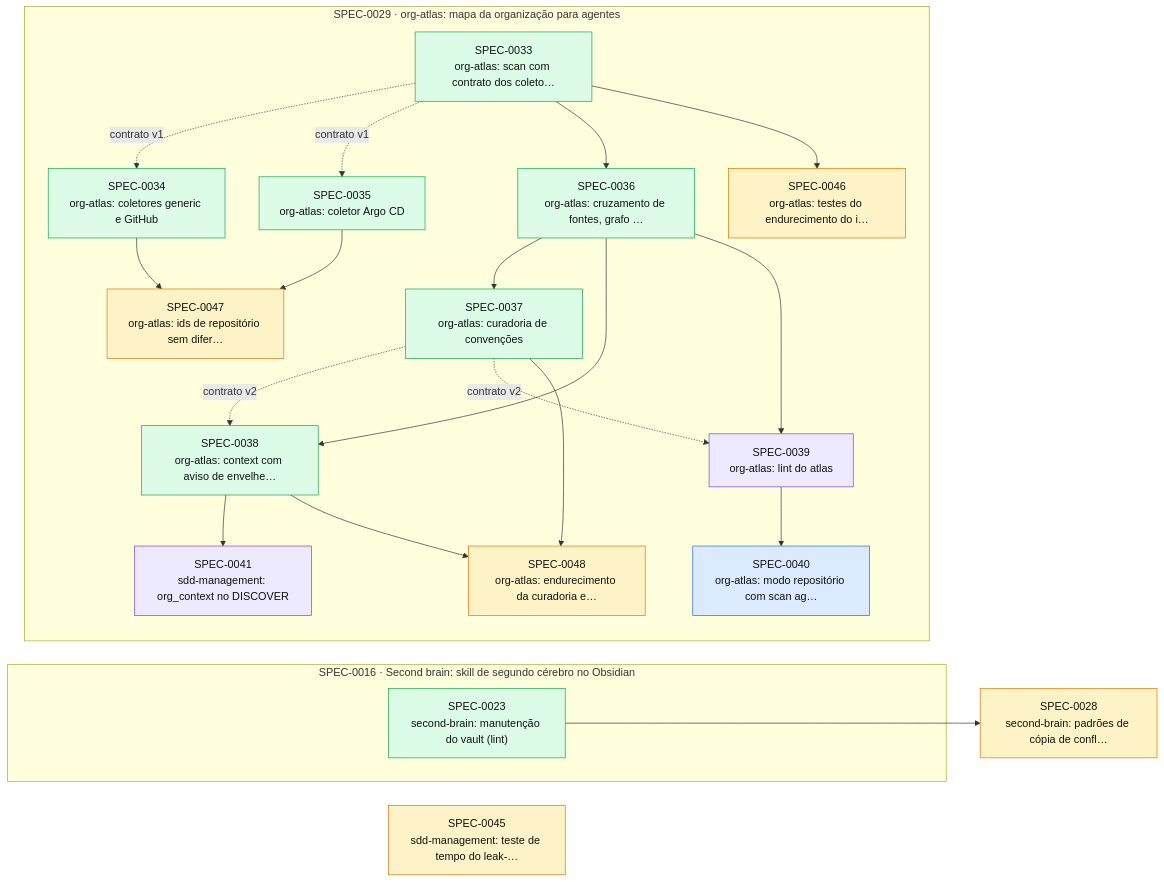
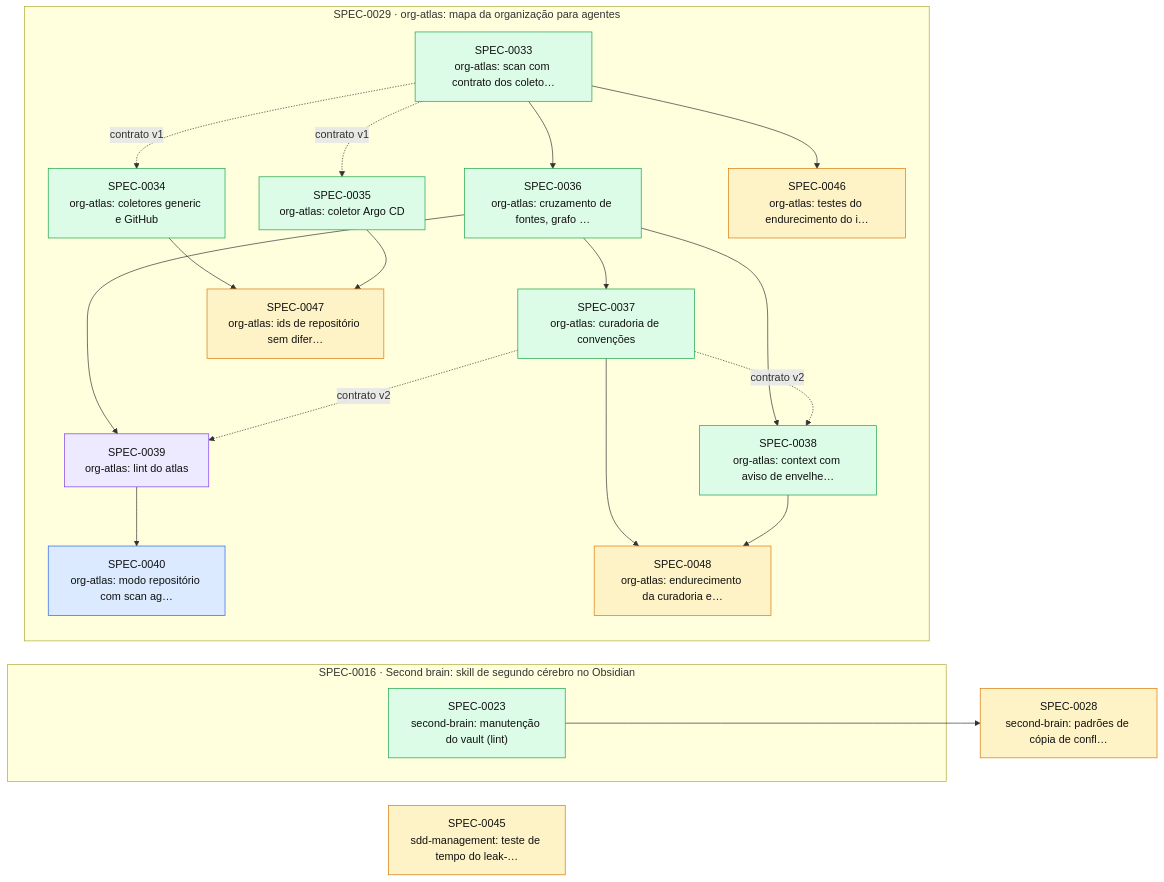
One commit to thomasravache/ai-dev-brain changed the diagram in docs/specs/INDEX.md. Above: the diagram before and after it, drawn with Mermaid. The commit also changed other lines of this file and 1 other file, not shown here.

First line of the commit message:
docs(specs): G7 e fechamento da SPEC-0041

````diff
--- a/docs/specs/INDEX.md
+++ b/docs/specs/INDEX.md
@@ -55,43 +54,41 @@
 ```mermaid
 flowchart LR
   S0028["SPEC-0028<br/>second-brain: padrões de cópia de confl…"]:::proposed
   S0045["SPEC-0045<br/>sdd-management: teste de tempo do leak-…"]:::proposed
   subgraph E0016["SPEC-0016 · Second brain: skill de segundo cérebro no Obsidian"]
     S0023["SPEC-0023<br/>second-brain: manutenção do vault (lint)"]:::implemented
   end
   subgraph E0029["SPEC-0029 · org-atlas: mapa da organização para agentes"]
     S0033["SPEC-0033<br/>org-atlas: scan com contrato dos coleto…"]:::implemented
     S0034["SPEC-0034<br/>org-atlas: coletores generic e GitHub"]:::implemented
     S0035["SPEC-0035<br/>org-atlas: coletor Argo CD"]:::implemented
     S0036["SPEC-0036<br/>org-atlas: cruzamento de fontes, grafo …"]:::implemented
     S0037["SPEC-0037<br/>org-atlas: curadoria de convenções"]:::implemented
     S0038["SPEC-0038<br/>org-atlas: context com aviso de envelhe…"]:::implemented
     S0039["SPEC-0039<br/>org-atlas: lint do atlas"]:::inprogress
     S0040["SPEC-0040<br/>org-atlas: modo repositório com scan ag…"]:::approved
-    S0041["SPEC-0041<br/>sdd-management: org_context no DISCOVER"]:::inprogress
     S0046["SPEC-0046<br/>org-atlas: testes do endurecimento do i…"]:::proposed
     S0047["SPEC-0047<br/>org-atlas: ids de repositório sem difer…"]:::proposed
     S0048["SPEC-0048<br/>org-atlas: endurecimento da curadoria e…"]:::proposed
   end
   S0023 --> S0028
   S0033 -. contrato v1 .-> S0034
   S0033 -. contrato v1 .-> S0035
   S0033 --> S0036
   S0036 --> S0037
   S0036 --> S0038
   S0037 -. contrato v2 .-> S0038
   S0036 --> S0039
   S0037 -. contrato v2 .-> S0039
   S0039 --> S0040
-  S0038 --> S0041
   S0033 --> S0046
   S0034 --> S0047
   S0035 --> S0047
   S0037 --> S0048
   S0038 --> S0048
   classDef proposed fill:#fef3c7,stroke:#d97706,color:#111
   classDef approved fill:#dbeafe,stroke:#2563eb,color:#111
   classDef inprogress fill:#ede9fe,stroke:#7c3aed,color:#111
   classDef implemented fill:#dcfce7,stroke:#16a34a,color:#111
   classDef deprecated fill:#f3f4f6,stroke:#9ca3af,color:#6b7280
 ```
````
